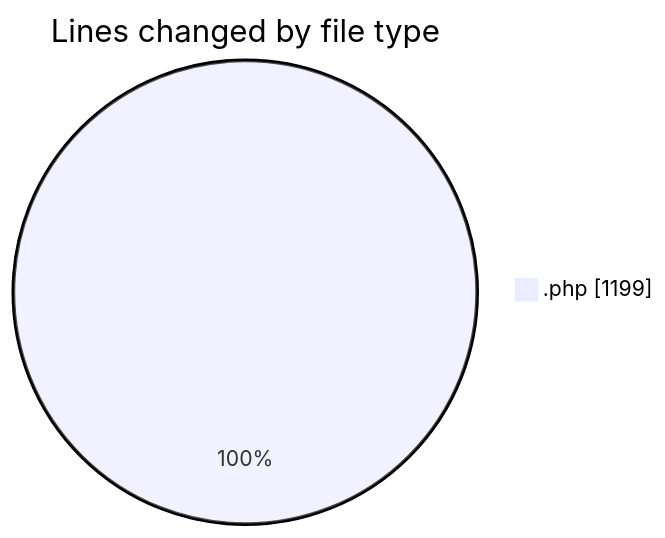
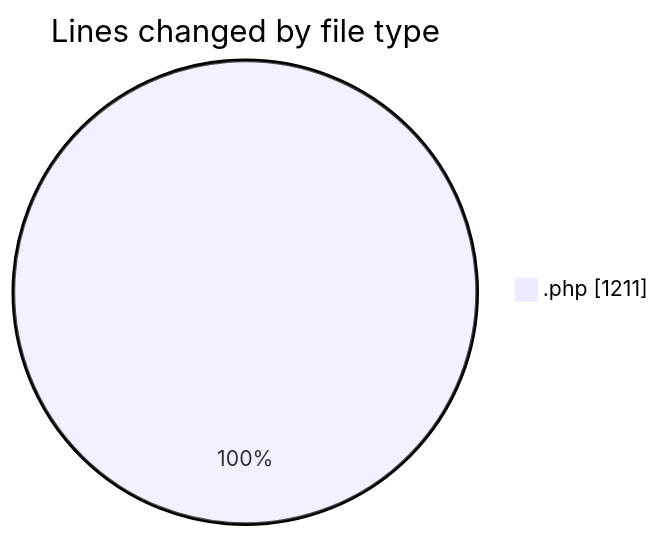
Before and after one commit to debugP/code-tracking: the first of 2 diagrams in 2025-08-22/jmb-woocommerce-price-updater/README.md, drawn with Mermaid. The commit also changed other lines of this file and 1 other file, not shown here.

````diff
--- a/2025-08-22/jmb-woocommerce-price-updater/README.md
+++ b/2025-08-22/jmb-woocommerce-price-updater/README.md
@@ -20,5 +20,5 @@
 ```mermaid
 pie showData
 title Lines changed by file type
-".php" : 1199
+".php" : 1211
 ```
````
